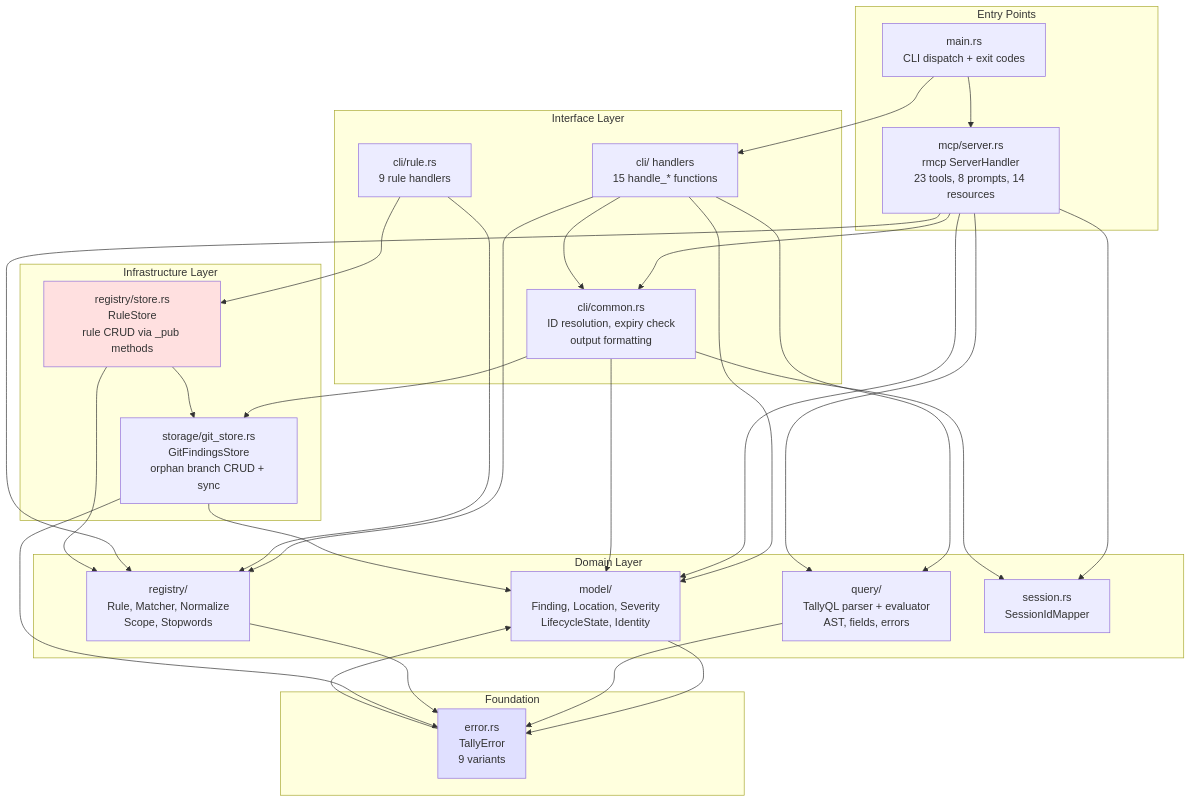
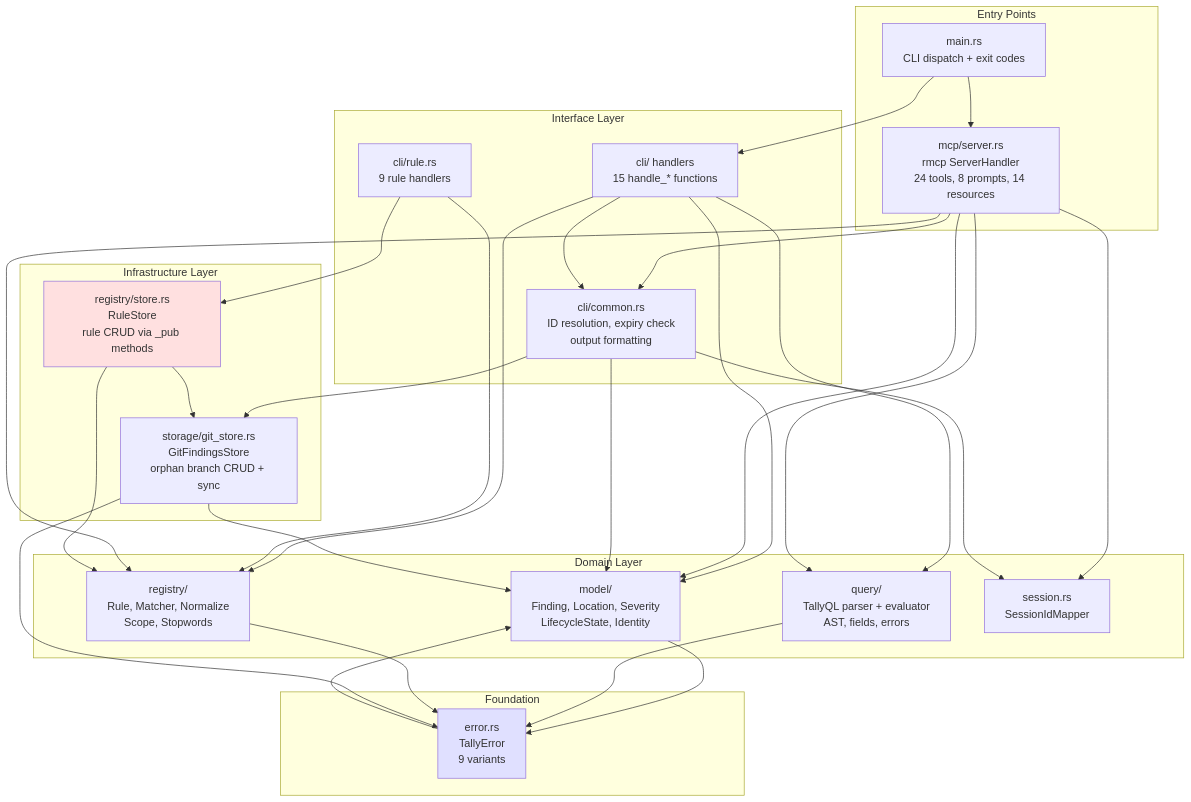
Before and after one commit to drbothen/prism: the diagram in semport/tally/tally-pass-1-deep-architecture-r2.md, drawn with Mermaid. The commit also changed 76 other files, not shown here.

````diff
--- a/semport/tally/tally-pass-1-deep-architecture-r2.md
+++ b/semport/tally/tally-pass-1-deep-architecture-r2.md
@@ -118,57 +118,57 @@
 ```mermaid
 graph TD
     subgraph "Entry Points"
         MAIN[main.rs<br/>CLI dispatch + exit codes]
-        MCP[mcp/server.rs<br/>rmcp ServerHandler<br/>23 tools, 8 prompts, 14 resources]
+        MCP[mcp/server.rs<br/>rmcp ServerHandler<br/>24 tools, 8 prompts, 14 resources]
     end
 
     subgraph "Interface Layer"
         CLI_H[cli/ handlers<br/>15 handle_* functions]
         CLI_C[cli/common.rs<br/>ID resolution, expiry check<br/>output formatting]
         CLI_R[cli/rule.rs<br/>9 rule handlers]
     end
 
     subgraph "Domain Layer"
         MODEL[model/<br/>Finding, Location, Severity<br/>LifecycleState, Identity]
         QUERY[query/<br/>TallyQL parser + evaluator<br/>AST, fields, errors]
         REG[registry/<br/>Rule, Matcher, Normalize<br/>Scope, Stopwords]
         SESS[session.rs<br/>SessionIdMapper]
     end
 
     subgraph "Infrastructure Layer"
         STORE[storage/git_store.rs<br/>GitFindingsStore<br/>orphan branch CRUD + sync]
         RSTORE[registry/store.rs<br/>RuleStore<br/>rule CRUD via _pub methods]
     end
 
     subgraph "Foundation"
         ERR[error.rs<br/>TallyError<br/>9 variants]
     end
 
     MAIN --> CLI_H
     MAIN --> MCP
     MCP --> CLI_C
     CLI_H --> CLI_C
     CLI_H --> MODEL
     CLI_H --> QUERY
     CLI_H --> REG
     CLI_R --> REG
     CLI_R --> RSTORE
     MCP --> MODEL
     MCP --> QUERY
     MCP --> REG
     MCP --> SESS
     CLI_C --> SESS
     CLI_C --> MODEL
     CLI_C --> STORE
     MODEL --> ERR
     QUERY --> ERR
     REG --> ERR
     STORE --> ERR
     STORE --> MODEL
     RSTORE --> STORE
     RSTORE --> REG
     ERR --> MODEL
 
     style RSTORE fill:#ffe0e0
     style ERR fill:#e0e0ff
 ```
````
